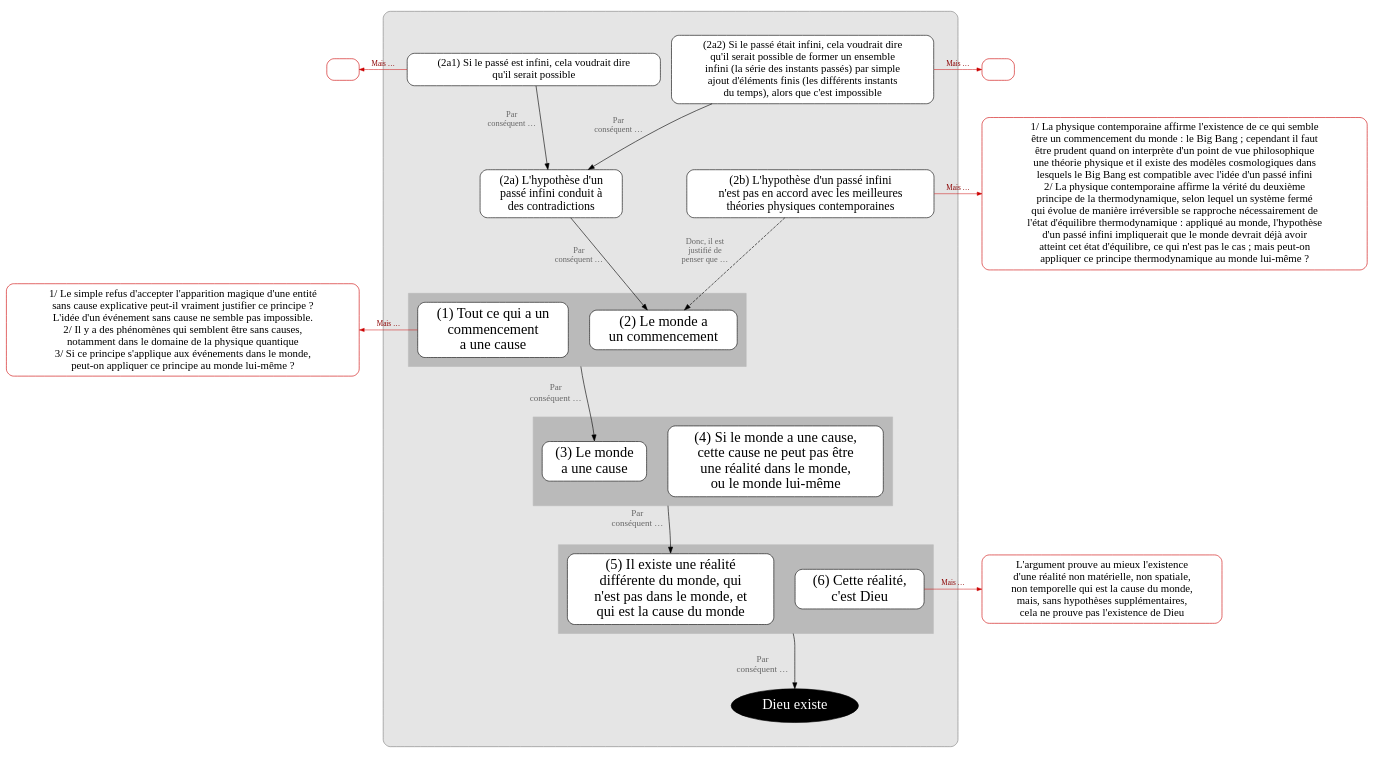
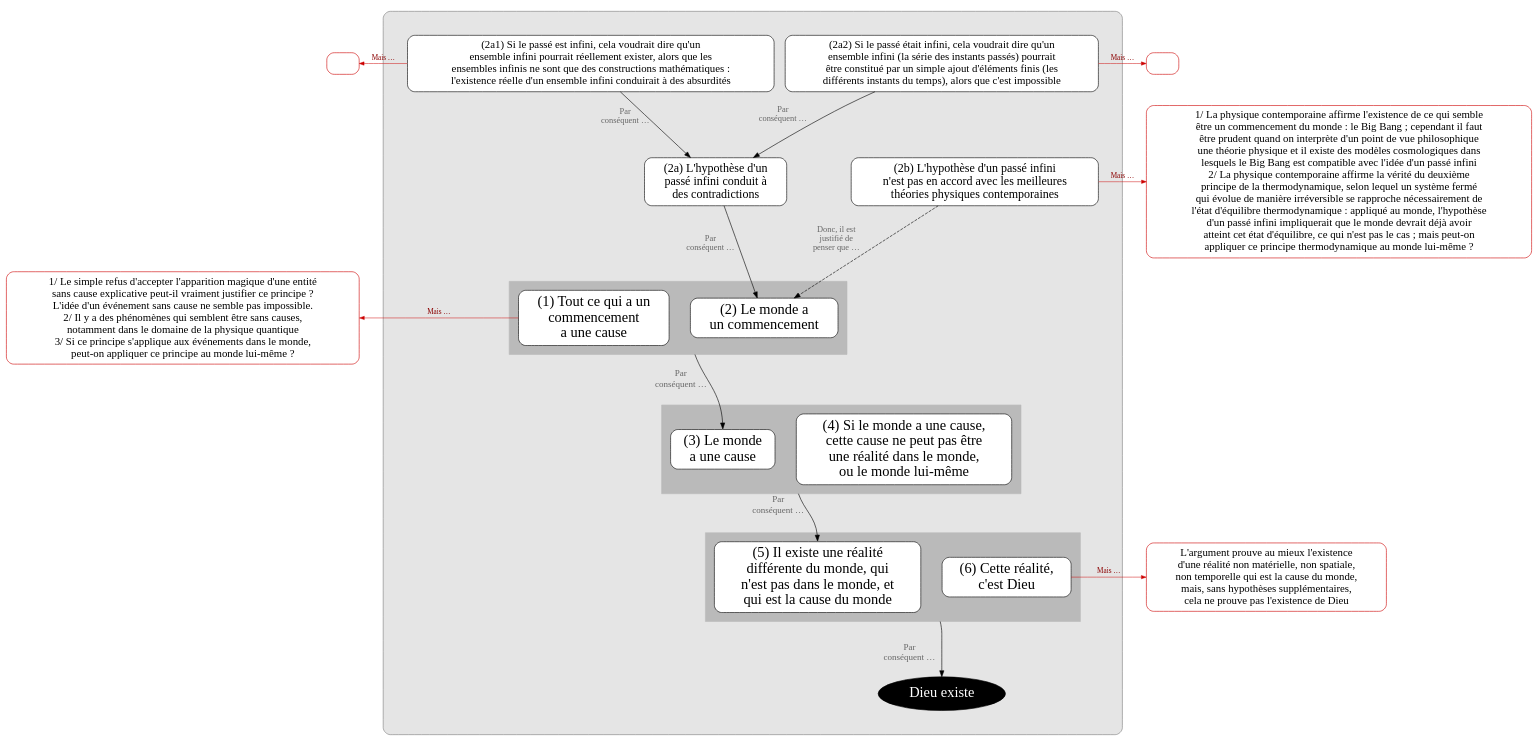
The diagram in argument/argument-cosmologique2.dot (eyssette/graphviz-examples), drawn with Graphviz before and after one commit.

```diff
--- a/argument/argument-cosmologique2.dot
+++ b/argument/argument-cosmologique2.dot
@@ -1,153 +1,154 @@
 digraph G {
 splines=true
 newrank=true
 compound=true
 ranksep=0.3
 
 node[color=red3, style="rounded, filled", shape="box", fillcolor=white, penwidth=1, fontcolor=black, fontsize=18, margin=0.1]
 
 o2a1[label=""]
 
 o1[label="1/ Le simple refus d'accepter l'apparition magique d'une entité
 sans cause explicative peut-il vraiment justifier ce principe ?
 L'idée d'un événement sans cause ne semble pas impossible.
 2/ Il y a des phénomènes qui semblent être sans causes,
 notamment dans le domaine de la physique quantique
 3/ Si ce principe s'applique aux événements dans le monde,
 peut-on appliquer ce principe au monde lui-même ?"]
 
 node[shape=box, fillcolor=white, style="filled,rounded", color=black, fontsize=24, penwidth=1,fontcolor=black, margin=0.1]
 edge[minlen=2,color=red3, penwidth=0.8, arrowsize=0.8, label=" Mais …", fontcolor=red4,fontsize=12]
 {rank=same;o1->p1[dir=back]}
 
 
 
 
 subgraph cluster_0 {
 bgcolor=grey90
 style=rounded
 color=grey50
 margin=40
 
 
 
 node[shape=box, fillcolor=white, style="filled,rounded", color=black]
 edge[label="",xlabel="Par
 conséquent …",fontcolor=grey40;fontsize=15,minlen=3,color=black,penwidth=1, arrowsize=1]
 
 
 {
 node[fontsize=18]
-p2a2[label="(2a2) Si le passé était infini, cela voudrait dire
-qu'il serait possible de former un ensemble
-infini (la série des instants passés) par simple
-ajout d'éléments finis (les différents instants
-du temps), alors que c'est impossible"]
-p2a1[label="(2a1) Si le passé est infini, cela voudrait dire
-qu'il serait possible"]
+p2a2[label="(2a2) Si le passé était infini, cela voudrait dire qu'un
+ensemble infini (la série des instants passés) pourrait
+être constitué par un simple ajout d'éléments finis (les
+différents instants du temps), alors que c'est impossible"]
+p2a1[label="(2a1) Si le passé est infini, cela voudrait dire qu'un
+ensemble infini pourrait réellement exister, alors que les
+ensembles infinis ne sont que des constructions mathématiques :
+l'existence réelle d'un ensemble infini conduirait à des absurdités"]
 node[fontsize=20]
 p2b[label="(2b) L'hypothèse d'un passé infini
 n'est pas en accord avec les meilleures
 théories physiques contemporaines"]
 p2a[label="(2a) L'hypothèse d'un
 passé infini conduit à 
 des contradictions"]
 }
 
 p2a2->p2a[minlen=1, fontsize=14]
 p2a1->p2a[minlen=1, fontsize=14]
 p2a->p2[minlen=1, fontsize=14]
 p2b->p2[style="dashed", xlabel="Donc, il est
 justifié de
 penser que …",minlen=1, fontsize=14]
 {rank=same;p2a->p2b[style=invis,minlen=3]}
 
 subgraph cluster_1 {
 style="box"
 margin=15
 bgcolor=grey73
 color=grey73
 p1[label="(1) Tout ce qui a un
 commencement
 a une cause"]
 
 p2[label="(2) Le monde a
 un commencement"]
 }
 
 //p1->p2[style=invis,xlabel="",minlen=1]
 {rank=same;p1->p2[style=invis,xlabel="",minlen=1]}
 
 p2:w->p3:n[ltail=cluster_1]
 //p2:w->p3:n[ltail=cluster_1]
 
 
 subgraph cluster_2 {
 style="box"
 margin=15
 bgcolor=grey73
 color=grey73
 p3[label="(3) Le monde
 a une cause"]
 p4[label="(4) Si le monde a une cause,
 cette cause ne peut pas être
 une réalité dans le monde,
 ou le monde lui-même"]
 }
 {rank=same;p3->p4[style=invis,xlabel="",minlen=1]}
 
 p4:w->p5:n[ltail=cluster_2]
 
 
 subgraph cluster_3 {
 style="box"
 margin=15
 bgcolor=grey73
 color=grey73
 p5[label="(5) Il existe une réalité
 différente du monde, qui
 n'est pas dans le monde, et
 qui est la cause du monde"]
 p6[label="(6) Cette réalité,
 c'est Dieu"]
 }
 
 {rank=same;p5->p6[style=invis,xlabel="",minlen=1]}
 
 p6:w->C:n[ltail=cluster_3,minlen=4]
 
 C[label="Dieu existe",fillcolor=black, fontcolor=white, color=black, shape=ellipse]
 
 
 }
 
 node[color=red3, style="rounded, filled", shape="box", fillcolor=white, penwidth=1, fontcolor=black, fontsize=18, margin=0.1]
 
 o2b[label="1/ La physique contemporaine affirme l'existence de ce qui semble
 être un commencement du monde : le Big Bang ; cependant il faut
 être prudent quand on interprète d'un point de vue philosophique
 une théorie physique et il existe des modèles cosmologiques dans
 lesquels le Big Bang est compatible avec l'idée d'un passé infini
 2/ La physique contemporaine affirme la vérité du deuxième
 principe de la thermodynamique, selon lequel un système fermé
 qui évolue de manière irréversible se rapproche nécessairement de
 l'état d'équilibre thermodynamique : appliqué au monde, l'hypothèse
 d'un passé infini impliquerait que le monde devrait déjà avoir
 atteint cet état d'équilibre, ce qui n'est pas le cas ; mais peut-on
 appliquer ce principe thermodynamique au monde lui-même ?"]
 {rank=same;p2b->o2b}
 
 o6[label="L'argument prouve au mieux l'existence
 d'une réalité non matérielle, non spatiale,
 non temporelle qui est la cause du monde,
 mais, sans hypothèses supplémentaires,
 cela ne prouve pas l'existence de Dieu"]
 {rank=same;p6->o6}
 
 o2a2[label=""]
 
 {rank=same;p2a2->o2a2}
 
 {rank=same;o2a1->p2a1[dir=back]}
 
 }
```
